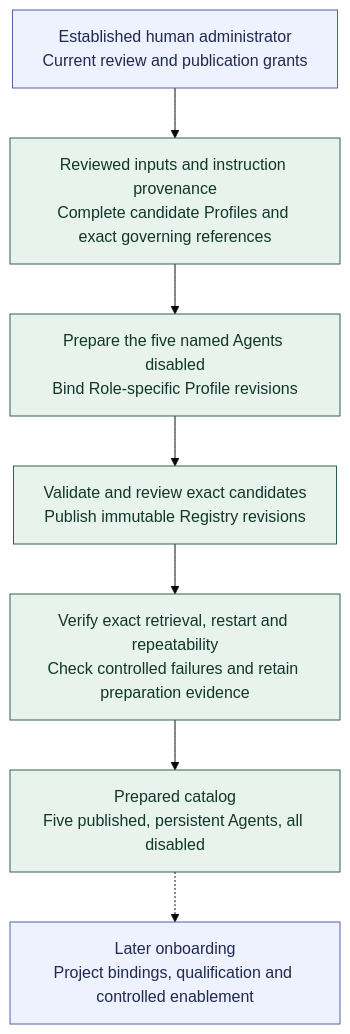
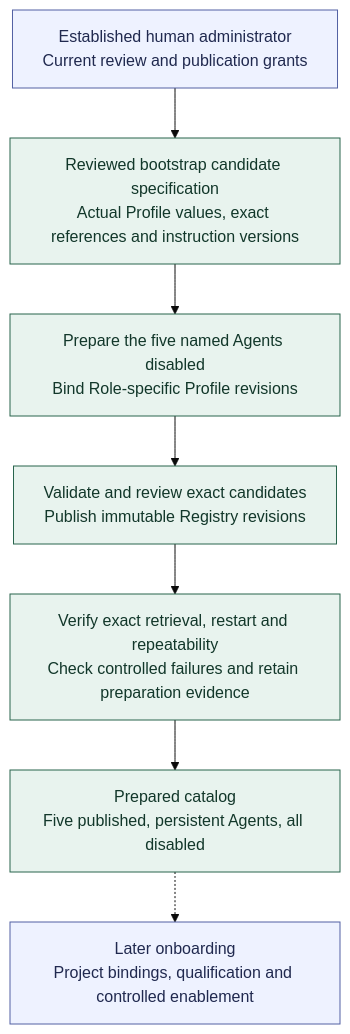
The diagram in docs/diagrams/first-agent-preparation.md (andrii2g/mobiraeon), drawn with Mermaid (base theme) before and after one commit. The commit also changed other lines of this file and 19 other files, not shown here.

````diff
--- a/docs/diagrams/first-agent-preparation.md
+++ b/docs/diagrams/first-agent-preparation.md
@@ -5,19 +5,19 @@
 ```mermaid
 ---
 config:
   flowchart:
     wrappingWidth: 270
 ---
 flowchart TB
-    ADMIN["Established human administrator<br/>Current review and publication grants"] --> INPUTS["Reviewed inputs and instruction provenance<br/>Complete candidate Profiles and exact governing references"]
+    ADMIN["Established human administrator<br/>Current review and publication grants"] --> INPUTS["Reviewed bootstrap candidate specification<br/>Actual Profile values, exact references and instruction versions"]
     INPUTS --> CREATE["Prepare the five named Agents disabled<br/>Bind Role-specific Profile revisions"]
     CREATE --> PUBLISH["Validate and review exact candidates<br/>Publish immutable Registry revisions"]
     PUBLISH --> EVIDENCE["Verify exact retrieval, restart and repeatability<br/>Check controlled failures and retain preparation evidence"]
     EVIDENCE --> PREPARED["Prepared catalog<br/>Five published, persistent Agents, all disabled"]
     PREPARED -.-> LATER["Later onboarding<br/>Project bindings, qualification and controlled enablement"]
 
     classDef agreed fill:#e8f3ee,stroke:#28644d,color:#12372a;
     classDef boundary fill:#eef2ff,stroke:#5261a3,color:#20294f;
     class INPUTS,CREATE,PUBLISH,EVIDENCE,PREPARED agreed;
     class ADMIN,LATER boundary;
 ```
````
